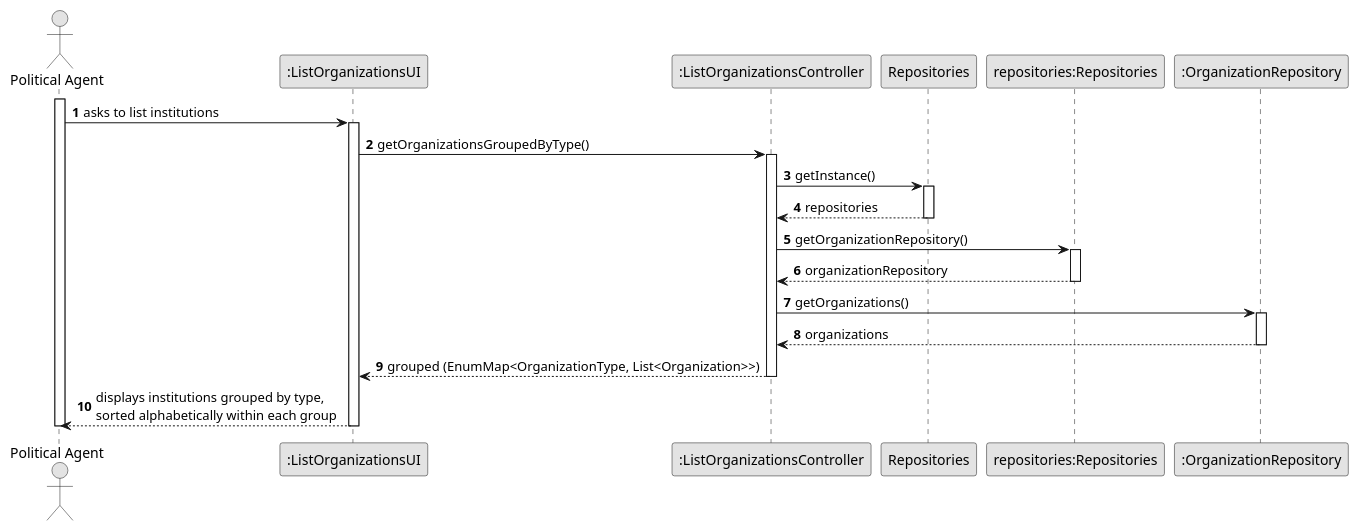
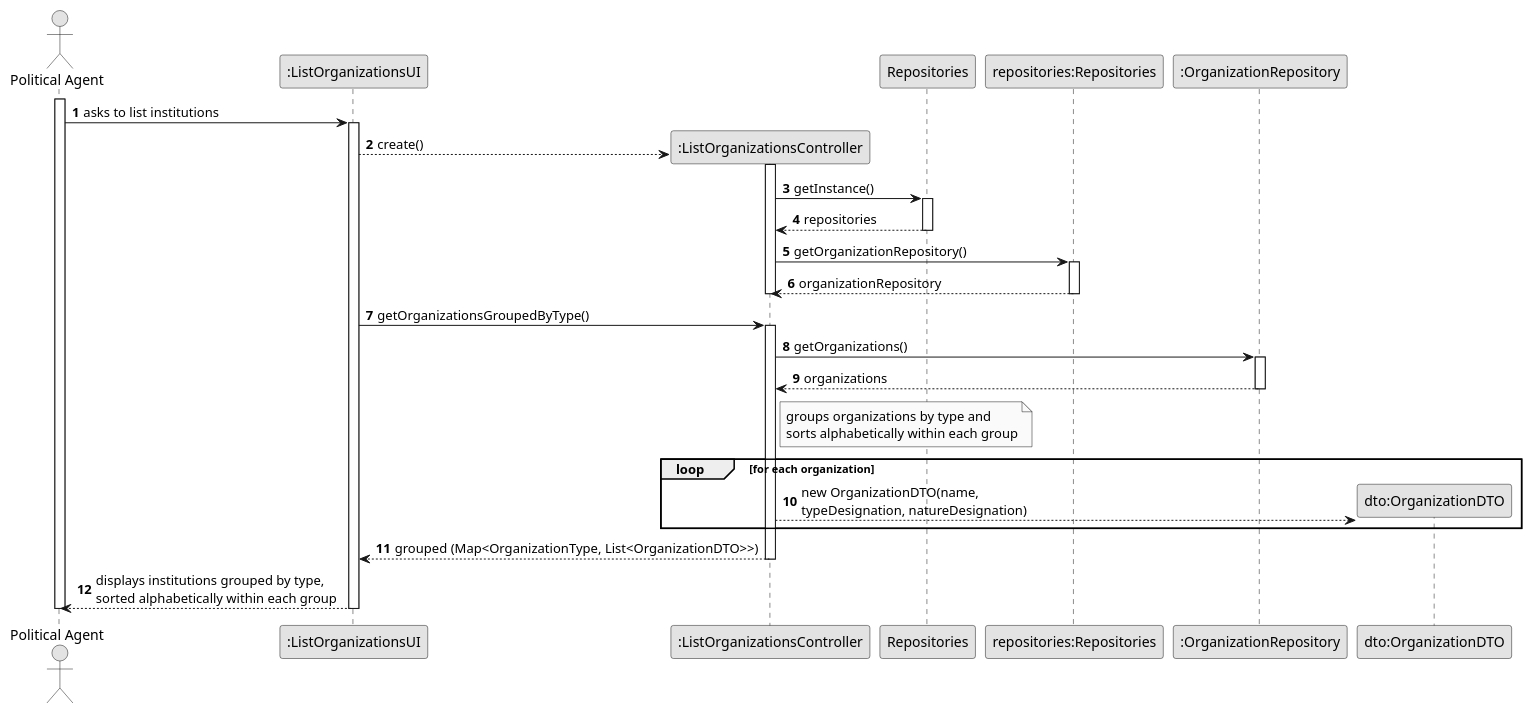
The diagram in docs/system-documentation/US03/03.design/puml/US03-SD.puml (brunodspinto/crystal-clear-platform), drawn with PlantUML before and after one commit. The commit also changed 18 other files, not shown here.

Commit message:
Adopt DTO pattern in US02 and US03 (Sprint 3 ESOFT): added OrganizationDTO. Updated US01-03 SD/CD to show UI creating the controller with getInstance() on create. Regenerated SVGs and design rationale.

```diff
--- a/docs/system-documentation/US03/03.design/puml/US03-SD.puml
+++ b/docs/system-documentation/US03/03.design/puml/US03-SD.puml
@@ -1,46 +1,59 @@
 @startuml US03-SD
 skinparam monochrome true
 skinparam packageStyle rectangle
 skinparam shadowing false
 
 autonumber
 
 actor "Political Agent" as PA
 participant ":ListOrganizationsUI" as UI
 participant ":ListOrganizationsController" as CTRL
 participant "Repositories" as REPOS
 participant "repositories:Repositories" as REPOS_SINGLETON
 participant ":OrganizationRepository" as REPO
+participant "dto:OrganizationDTO" as DTO
 
 activate PA
 
     PA -> UI : asks to list institutions
     activate UI
 
-        UI -> CTRL : getOrganizationsGroupedByType()
+        UI --> CTRL** : create()
         activate CTRL
-
             CTRL -> REPOS : getInstance()
             activate REPOS
                 REPOS --> CTRL : repositories
             deactivate REPOS
 
             CTRL -> REPOS_SINGLETON : getOrganizationRepository()
             activate REPOS_SINGLETON
                 REPOS_SINGLETON --> CTRL : organizationRepository
             deactivate REPOS_SINGLETON
+        deactivate CTRL
+
+        UI -> CTRL : getOrganizationsGroupedByType()
+        activate CTRL
 
             CTRL -> REPO : getOrganizations()
             activate REPO
                 REPO --> CTRL : organizations
             deactivate REPO
 
-            CTRL --> UI : grouped (EnumMap<OrganizationType, List<Organization>>)
+            note right of CTRL
+                groups organizations by type and
+                sorts alphabetically within each group
+            end note
+
+            loop for each organization
+                CTRL --> DTO** : new OrganizationDTO(name,\ntypeDesignation, natureDesignation)
+            end
+
+            CTRL --> UI : grouped (Map<OrganizationType, List<OrganizationDTO>>)
         deactivate CTRL
 
         UI --> PA : displays institutions grouped by type,\nsorted alphabetically within each group
     deactivate UI
 
 deactivate PA
 
 @enduml
```
